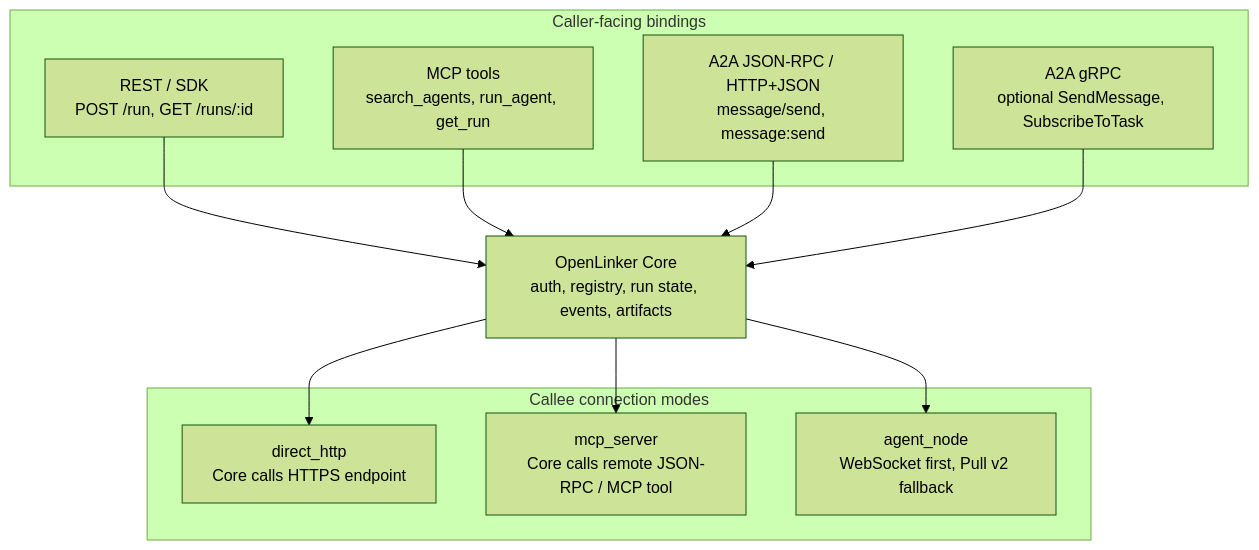
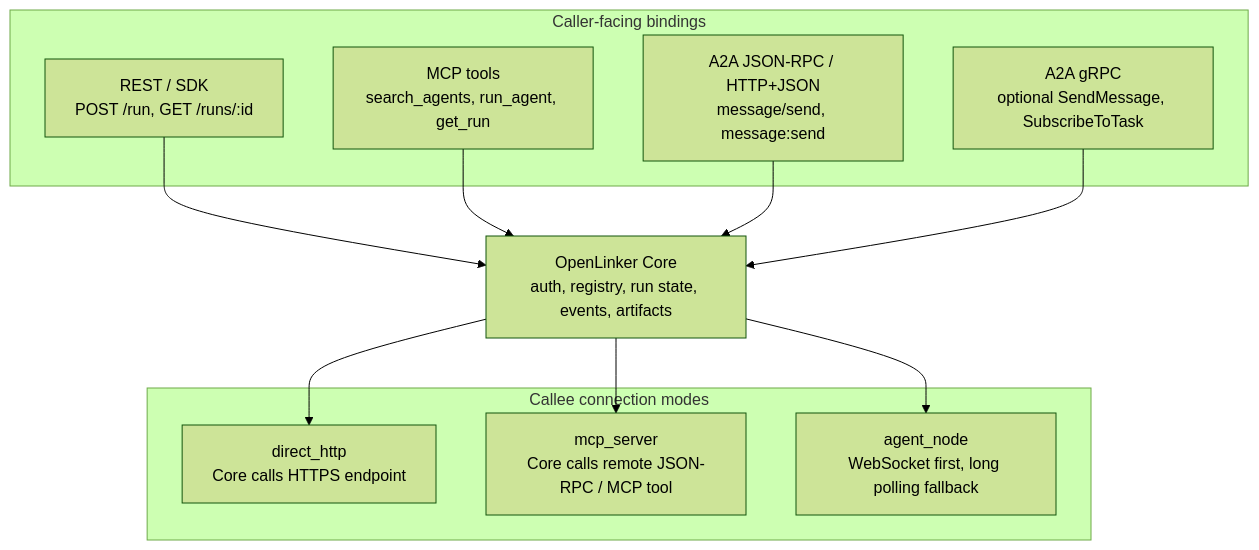
Before and after one commit to Frank-svg-dev/openlinker-core: the second of 2 diagrams in README.md, drawn with Mermaid (forest theme). The commit also changed other lines of this file and 59 other files, not shown here.

````diff
--- a/README.md
+++ b/README.md
@@ -309,26 +315,26 @@
 ```mermaid
 flowchart TB
   subgraph CallerBindings["Caller-facing bindings"]
     REST["REST / SDK<br/>POST /run, GET /runs/:id"]
     MCP["MCP tools<br/>search_agents, run_agent, get_run"]
     A2AHTTP["A2A JSON-RPC / HTTP+JSON<br/>message/send, message:send"]
     A2AGRPC["A2A gRPC<br/>optional SendMessage, SubscribeToTask"]
   end
 
   Core["OpenLinker Core<br/>auth, registry, run state, events, artifacts"]
 
   REST --> Core
   MCP --> Core
   A2AHTTP --> Core
   A2AGRPC --> Core
 
   subgraph CalleeModes["Callee connection modes"]
     Direct["direct_http<br/>Core calls HTTPS endpoint"]
     MCPServer["mcp_server<br/>Core calls remote JSON-RPC / MCP tool"]
-    AgentNode["agent_node<br/>WebSocket first, Pull v2 fallback"]
+    AgentNode["agent_node<br/>WebSocket first, long polling fallback"]
   end
 
   Core --> Direct
   Core --> MCPServer
   Core --> AgentNode
 ```
````
